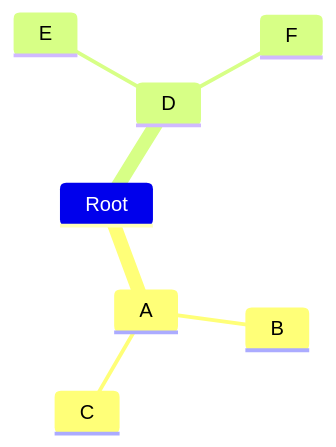
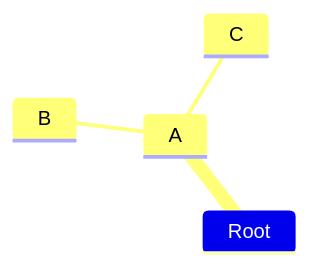
One commit to teachingai/full-stack-skills changed the second of 15 diagrams in skills/mermaid/examples/mindmap.md. Above: the diagram before and after it, drawn with Mermaid. The commit also changed other lines of this file and 21 other files, not shown here.

First line of the commit message:
docs(mermaid): 更新架构、块、C4和类图示例文档

````diff
--- a/skills/mermaid/examples/mindmap.md
+++ b/skills/mermaid/examples/mindmap.md
@@ -84,10 +55,7 @@
 ```mermaid
 mindmap
     Root
         A
             B
             C
-        D
-            E
-            F
 ```
````
